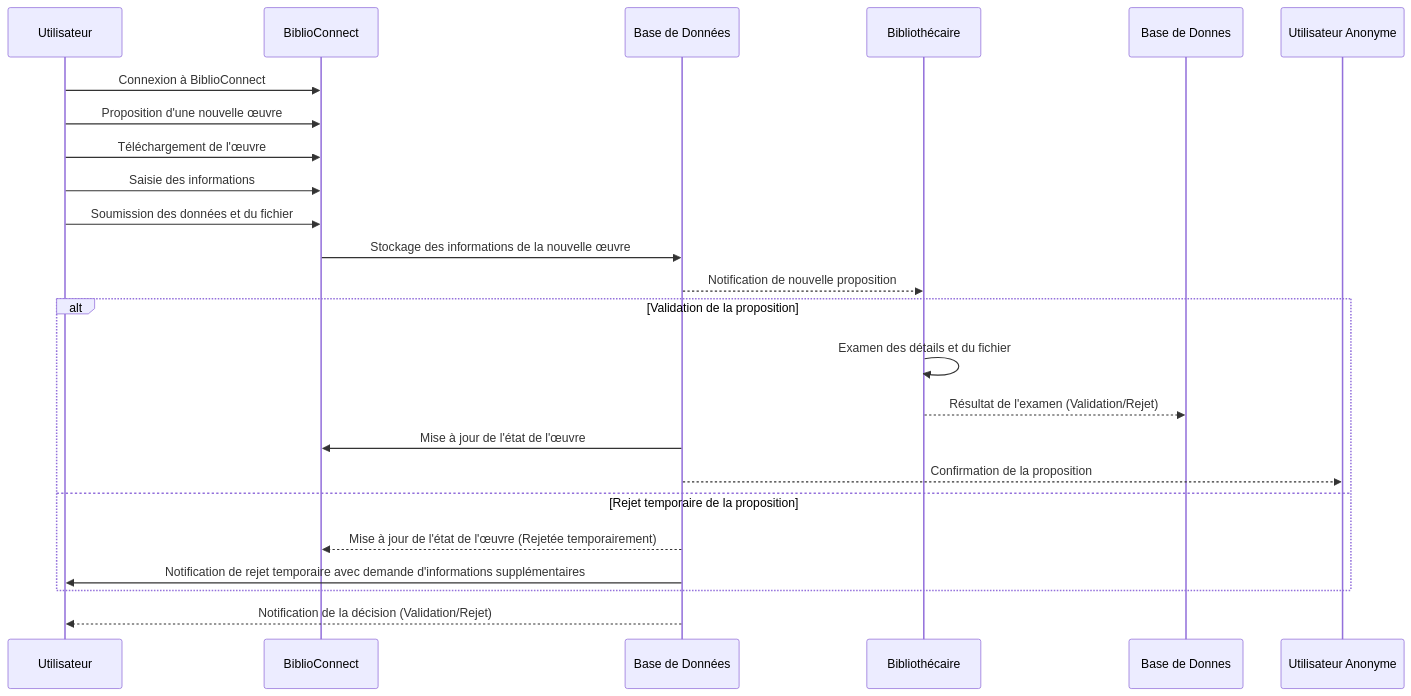
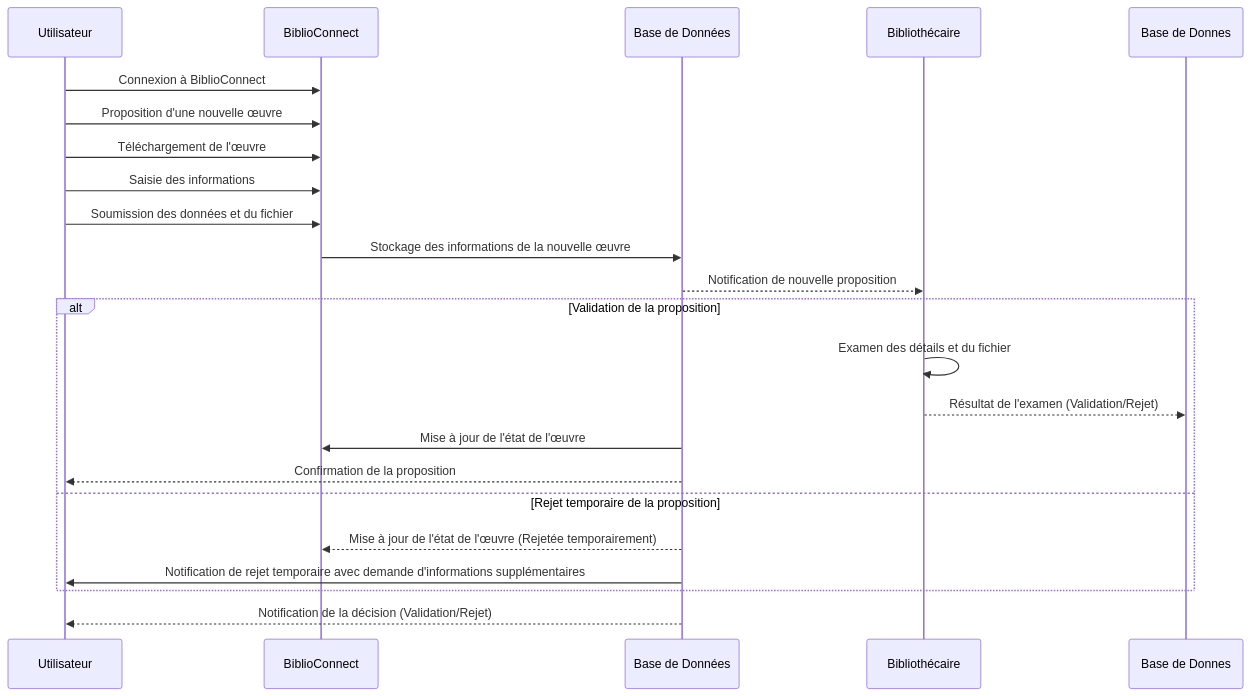
One commit to nico30so/codemasters changed the second of 3 diagrams in Scenarios/S1/S1.md. Above: the diagram before and after it, drawn with Mermaid.

````diff
--- a/Scenarios/S1/S1.md
+++ b/Scenarios/S1/S1.md
@@ -53,26 +53,26 @@
 ```mermaid
 sequenceDiagram
     participant Utilisateur
     participant BiblioConnect
     participant Base de Données
     participant Bibliothécaire
 
     Utilisateur  ->> BiblioConnect: Connexion à BiblioConnect
     Utilisateur  ->> BiblioConnect: Proposition d'une nouvelle œuvre
     Utilisateur  ->> BiblioConnect: Téléchargement de l'œuvre
     Utilisateur  ->> BiblioConnect: Saisie des informations
     Utilisateur  ->> BiblioConnect: Soumission des données et du fichier
     BiblioConnect ->> Base de Données: Stockage des informations de la nouvelle œuvre
     Base de Données -->> Bibliothécaire: Notification de nouvelle proposition
 
     alt Validation de la proposition
         Bibliothécaire ->> Bibliothécaire: Examen des détails et du fichier
         Bibliothécaire -->> Base de Donnes: Résultat de l'examen (Validation/Rejet)
         Base de Données ->> BiblioConnect: Mise à jour de l'état de l'œuvre
-        Base de Données -->> Utilisateur Anonyme: Confirmation de la proposition
+        Base de Données -->> Utilisateur: Confirmation de la proposition
     else Rejet temporaire de la proposition
         Base de Données -->> BiblioConnect: Mise à jour de l'état de l'œuvre (Rejetée temporairement)
         Base de Données ->> Utilisateur : Notification de rejet temporaire avec demande d'informations supplémentaires
     end
     Base de Données -->> Utilisateur : Notification de la décision (Validation/Rejet)
 ```
````
